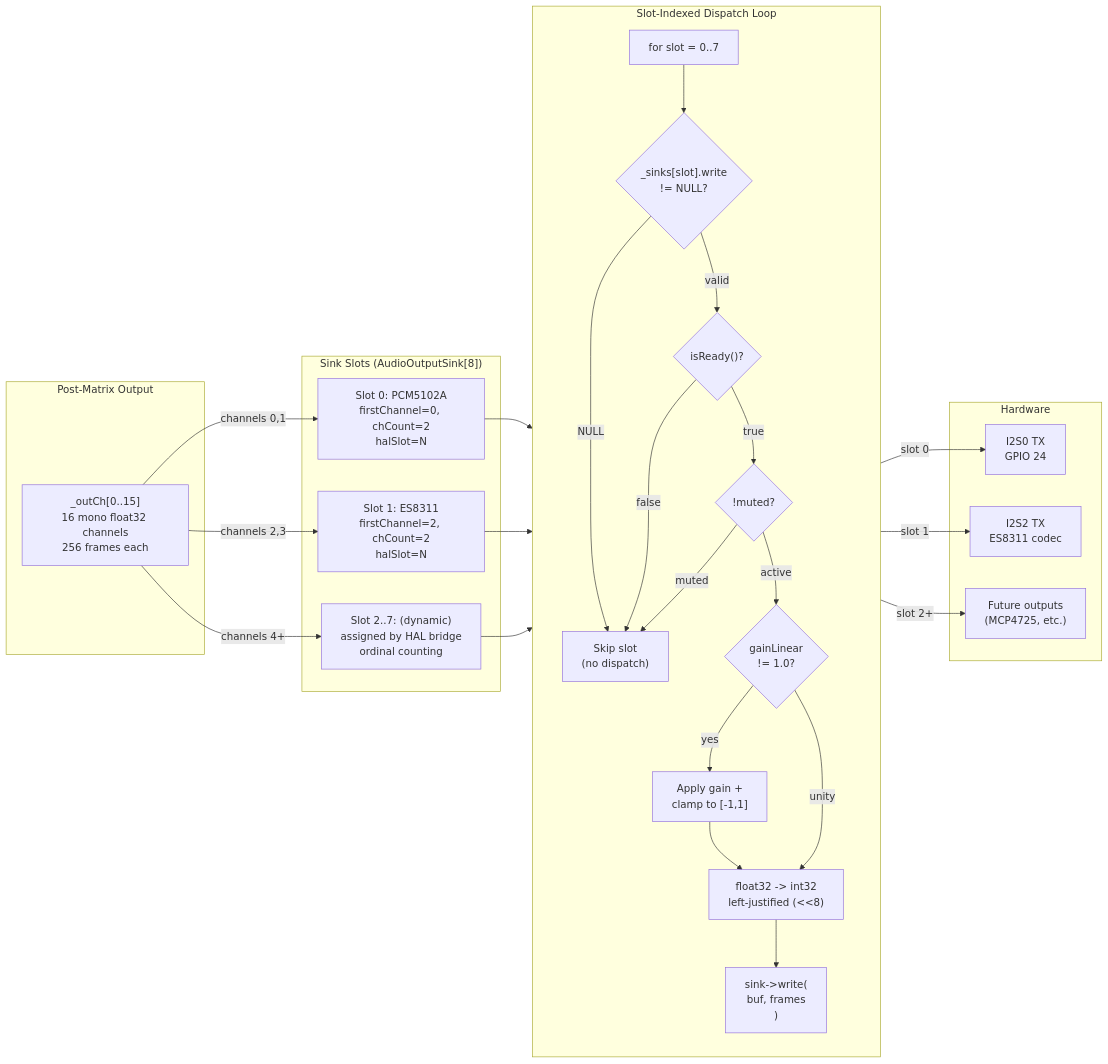
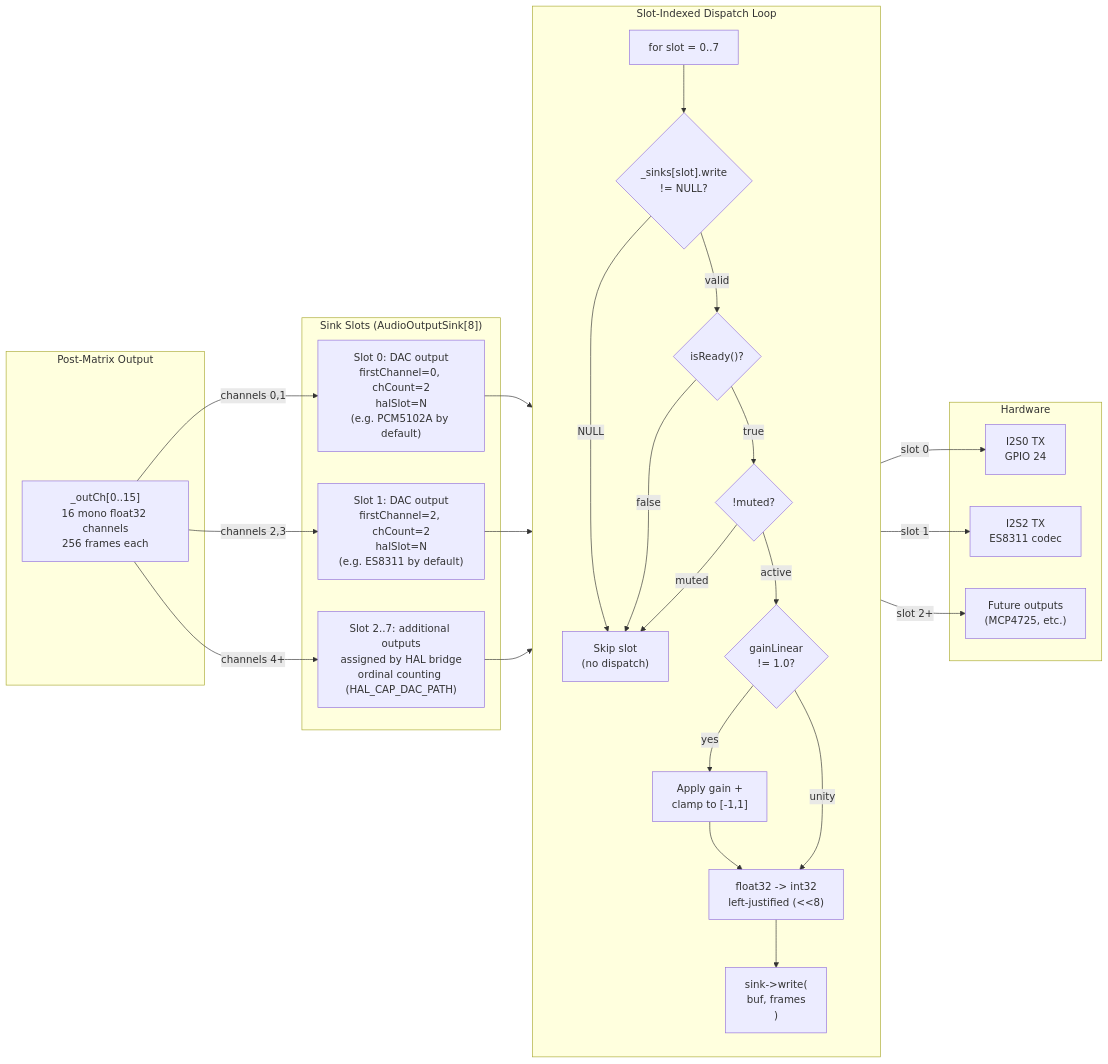
One commit to Schmackos/ALX_Nova_Controller_2 changed the diagram in docs-internal/architecture/sink-dispatch.mmd. Above: the diagram before and after it, drawn with Mermaid. The commit also changed 14 other files, not shown here.

First line of the commit message:
docs: fix legacy device references across Docusaurus site and architecture diagrams (#45)

```diff
--- a/docs-internal/architecture/sink-dispatch.mmd
+++ b/docs-internal/architecture/sink-dispatch.mmd
@@ -1,53 +1,53 @@
 %% Slot-Indexed Sink Dispatch — Audio Output Path
 %% Pipeline iterates ALL slots (0..7), skipping empty/not-ready/muted
 
 flowchart LR
     subgraph matrix["Post-Matrix Output"]
         OUT["_outCh[0..15]\n16 mono float32 channels\n256 frames each"]
     end
 
     subgraph dispatch["Slot-Indexed Dispatch Loop"]
         direction TB
         LOOP["for slot = 0..7"]
         CHK1{"_sinks[slot].write\n!= NULL?"}
         CHK2{"isReady()?"}
         CHK3{"!muted?"}
         GAIN{"gainLinear\n!= 1.0?"}
         APPLY["Apply gain +\nclamp to [-1,1]"]
         CONV["float32 -> int32\nleft-justified (<<8)"]
         WRITE["sink->write(\n  buf, frames\n)"]
         SKIP["Skip slot\n(no dispatch)"]
 
         LOOP --> CHK1
         CHK1 -->|"NULL"| SKIP
         CHK1 -->|"valid"| CHK2
         CHK2 -->|"false"| SKIP
         CHK2 -->|"true"| CHK3
         CHK3 -->|"muted"| SKIP
         CHK3 -->|"active"| GAIN
         GAIN -->|"yes"| APPLY --> CONV
         GAIN -->|"unity"| CONV
         CONV --> WRITE
     end
 
     subgraph sinks["Sink Slots (AudioOutputSink[8])"]
-        S0["Slot 0: PCM5102A\nfirstChannel=0, chCount=2\nhalSlot=N"]
-        S1["Slot 1: ES8311\nfirstChannel=2, chCount=2\nhalSlot=N"]
-        S2["Slot 2..7: (dynamic)\nassigned by HAL bridge\nordinal counting"]
+        S0["Slot 0: DAC output\nfirstChannel=0, chCount=2\nhalSlot=N\n(e.g. PCM5102A by default)"]
+        S1["Slot 1: DAC output\nfirstChannel=2, chCount=2\nhalSlot=N\n(e.g. ES8311 by default)"]
+        S2["Slot 2..7: additional outputs\nassigned by HAL bridge\nordinal counting (HAL_CAP_DAC_PATH)"]
     end
 
     subgraph hw["Hardware"]
         I2S0["I2S0 TX\nGPIO 24"]
         I2S2["I2S2 TX\nES8311 codec"]
         EXT["Future outputs\n(MCP4725, etc.)"]
     end
 
     OUT -->|"channels 0,1"| S0
     OUT -->|"channels 2,3"| S1
     OUT -->|"channels 4+"| S2
     S0 --> LOOP
     S1 --> LOOP
     S2 --> LOOP
     WRITE -->|"slot 0"| I2S0
     WRITE -->|"slot 1"| I2S2
     WRITE -->|"slot 2+"| EXT
```
